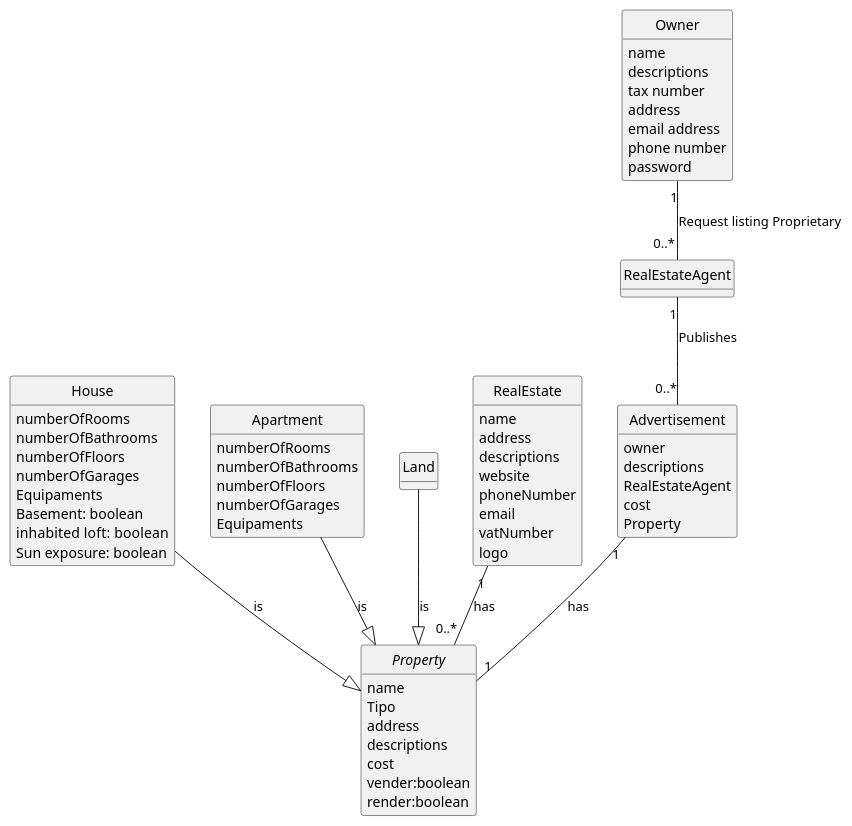
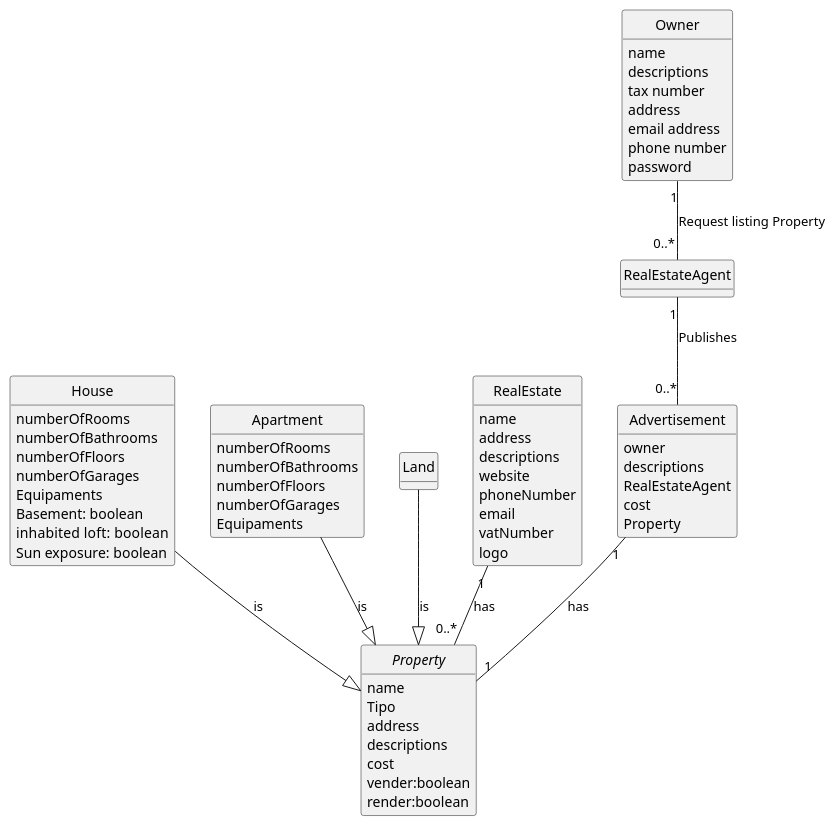
One commit to hugosilva2901/lei-22-s2-1DO-g68 changed the diagram in lei-22-s2-1do-g68/docs/SprintC/us008/02.analysis/puml/us008-domain-model.puml. Above: the diagram before and after it, drawn with PlantUML. The commit also changed 5 other files, not shown here.

```diff
--- a/lei-22-s2-1do-g68/docs/SprintC/us008/02.analysis/puml/us008-domain-model.puml
+++ b/lei-22-s2-1do-g68/docs/SprintC/us008/02.analysis/puml/us008-domain-model.puml
@@ -1,88 +1,88 @@
 @startuml
 skinparam monochrome true
 skinparam packageStyle rectangle
 skinparam shadowing false
 
 'left to right direction
 
 skinparam classAttributeIconSize 0
 
 hide circle
 hide methods
 
 class  RealEstateAgent{
 }
 
 class Owner {
      name
      descriptions
      tax number
      address
      email address
      phone number
      password
 }
 
 class Advertisement{
     owner
     descriptions
     RealEstateAgent
     cost
     Property
 }
 
 
 abstract class Property {
     name
     Tipo
     address
     descriptions
     cost
     vender:boolean
     render:boolean
 }
 
 
 class House{
 numberOfRooms
     numberOfBathrooms
     numberOfFloors
     numberOfGarages
     Equipaments
     Basement: boolean
     inhabited  loft: boolean
     Sun exposure: boolean
 
 }
 
 class Apartment{
 numberOfRooms
 numberOfBathrooms
 numberOfFloors
 numberOfGarages
 Equipaments
 
 }
 
 class Land{
 }
 
 class RealEstate {
     name
     address
     descriptions
     website
     phoneNumber
     email
     vatNumber
     logo
 }
-Owner "1"--"0..*" RealEstateAgent : Request listing Proprietary
+Owner "1"--"0..*" RealEstateAgent : Request listing Property
 RealEstateAgent "1"--"0..*"Advertisement : Publishes
 Advertisement "1"--"1" Property : has
 House  --|>  Property : is
 Apartment  --|>  Property : is
 Land  --|>  Property : is
 RealEstate "1"--"0..*" Property : has
 
 @enduml
```
